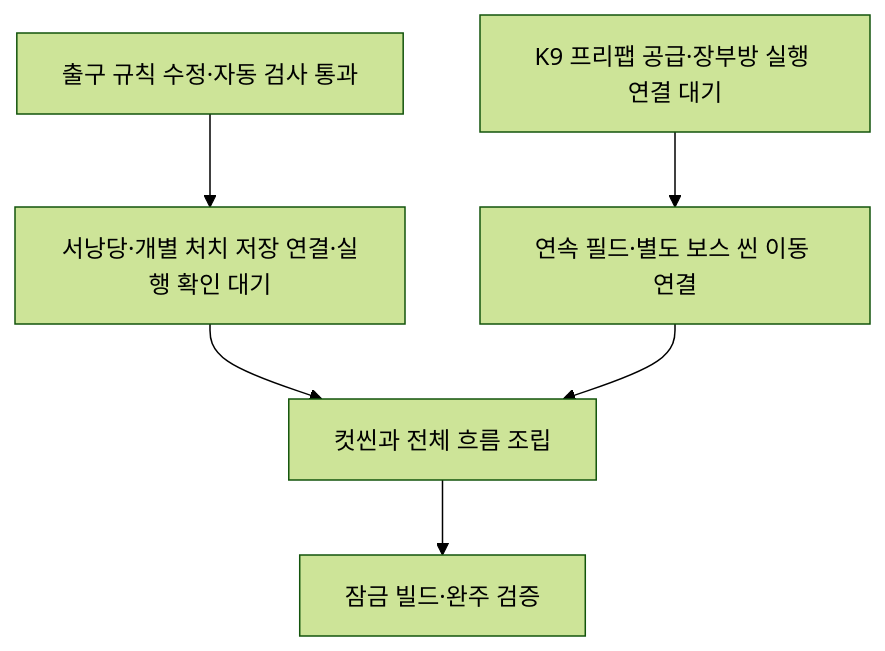
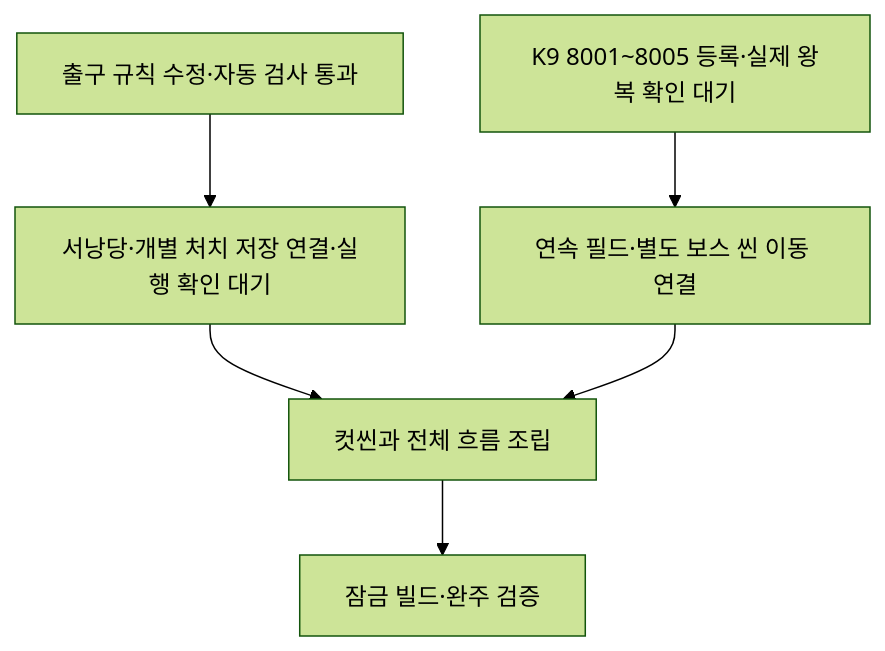
Before and after one commit to lkhwcf-arch/Human_Ghost-: the first of 5 diagrams in Docs/개발자용 설계문서/현재 구현과 검증 현황.md, drawn with Mermaid (forest theme). The commit also changed other lines of this file and 29 other files, not shown here.

````diff
--- a/Docs/개발자용 설계문서/현재 구현과 검증 현황.md
+++ b/Docs/개발자용 설계문서/현재 구현과 검증 현황.md
@@ -13,8 +13,8 @@
 ```mermaid
 flowchart TD
     A[출구 규칙 수정·자동 검사 통과] --> B[서낭당·개별 처치 저장 연결·실행 확인 대기]
-    C[K9 프리팹 공급·장부방 실행 연결 대기] --> D[연속 필드·별도 보스 씬 이동 연결]
+    C[K9 8001~8005 등록·실제 왕복 확인 대기] --> D[연속 필드·별도 보스 씬 이동 연결]
     B --> E[컷씬과 전체 흐름 조립]
     D --> E
     E --> F[잠금 빌드·완주 검증]
 ```
````
